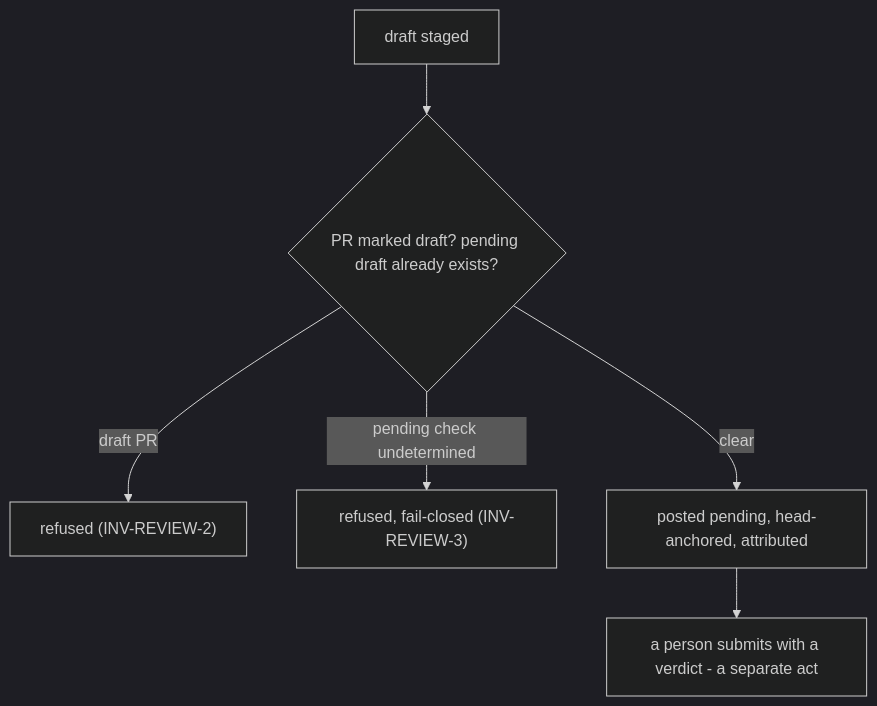
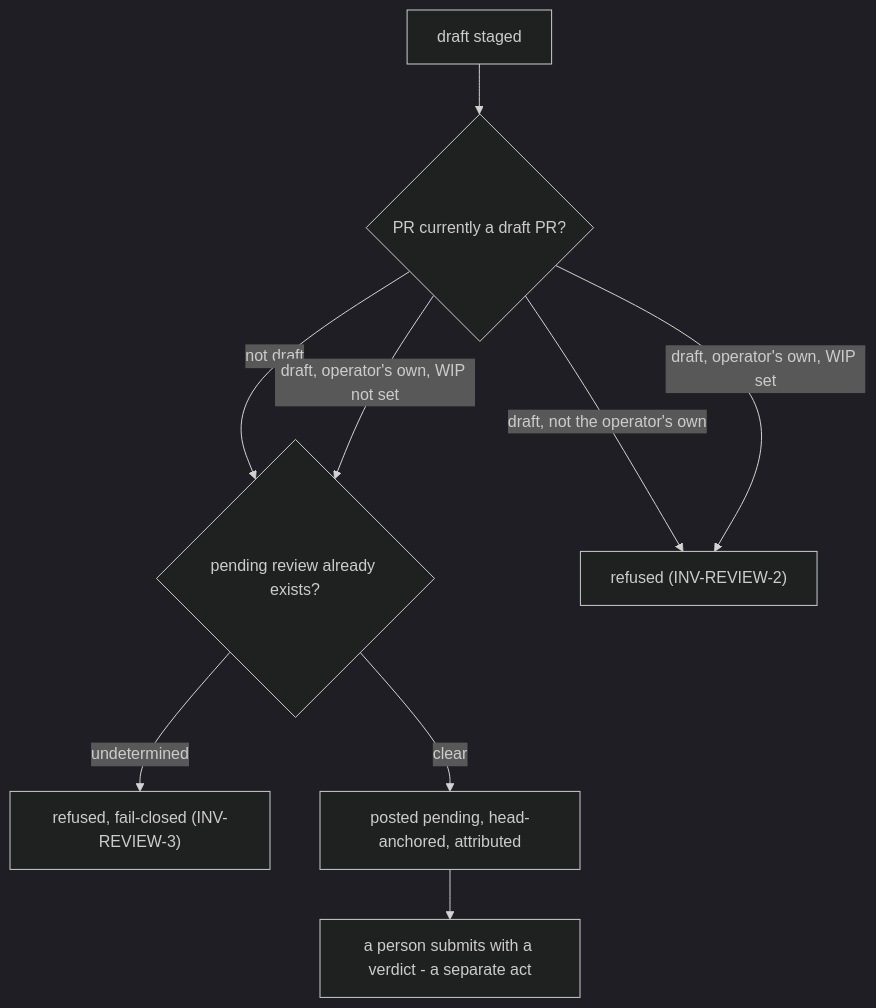
The second of 2 diagrams in packages/pg-pr/docs/behavior/journeys.md (phillipgreenii/nix-agent-support), drawn with Mermaid (dark theme) before and after one commit. The commit also changed other lines of this file and 5 other files, not shown here.

````diff
--- a/packages/pg-pr/docs/behavior/journeys.md
+++ b/packages/pg-pr/docs/behavior/journeys.md
@@ -161,8 +164,11 @@
 ```mermaid
 flowchart TD
-    S["draft staged"] --> G{"PR marked draft? pending draft already exists?"}
-    G -->|"draft PR"| REFUSE1["refused (INV-REVIEW-2)"]
-    G -->|"pending check undetermined"| REFUSE2["refused, fail-closed (INV-REVIEW-3)"]
-    G -->|"clear"| POST["posted pending, head-anchored, attributed"]
+    S["draft staged"] --> D{"PR currently a draft PR?"}
+    D -->|"not draft"| P{"pending review already exists?"}
+    D -->|"draft, not the operator's own"| REFUSE1["refused (INV-REVIEW-2)"]
+    D -->|"draft, operator's own, WIP set"| REFUSE1
+    D -->|"draft, operator's own, WIP not set"| P
+    P -->|"undetermined"| REFUSE2["refused, fail-closed (INV-REVIEW-3)"]
+    P -->|"clear"| POST["posted pending, head-anchored, attributed"]
     POST --> SUB["a person submits with a verdict - a separate act"]
 ```
````
